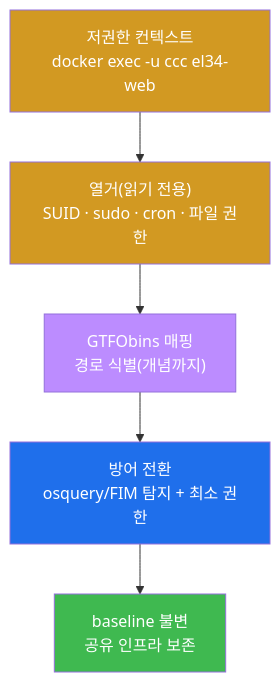
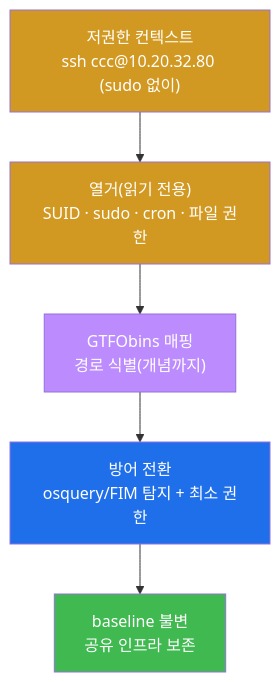
Before and after one commit to mrgrit/tw2: the seventh of 8 diagrams in contents/training/attack/lecture_week11.md, drawn with Mermaid. The commit also changed other lines of this file and 4 other files, not shown here.

First line of the commit message:
fix(attack): 강의 잔여 docker exec 정리 — 접근모델 prose + 이전세션 깨진 아티팩트

````diff
--- a/contents/training/attack/lecture_week11.md
+++ b/contents/training/attack/lecture_week11.md
@@ -663,14 +662,14 @@
 ```mermaid
 graph TD
-    CTX["저권한 컨텍스트<br/>docker exec -u ccc el34-web"]
+    CTX["저권한 컨텍스트<br/>ssh ccc@10.20.32.80 (sudo 없이)"]
     ENUM["열거(읽기 전용)<br/>SUID · sudo · cron · 파일 권한"]
     MAP["GTFObins 매핑<br/>경로 식별(개념까지)"]
     DEF["방어 전환<br/>osquery/FIM 탐지 + 최소 권한"]
     KEEP["baseline 불변<br/>공유 인프라 보존"]
     CTX --> ENUM --> MAP --> DEF --> KEEP
     style CTX fill:#d29922,color:#fff
     style ENUM fill:#d29922,color:#fff
     style MAP fill:#bc8cff,color:#fff
     style DEF fill:#1f6feb,color:#fff
     style KEEP fill:#3fb950,color:#fff
 ```
````
